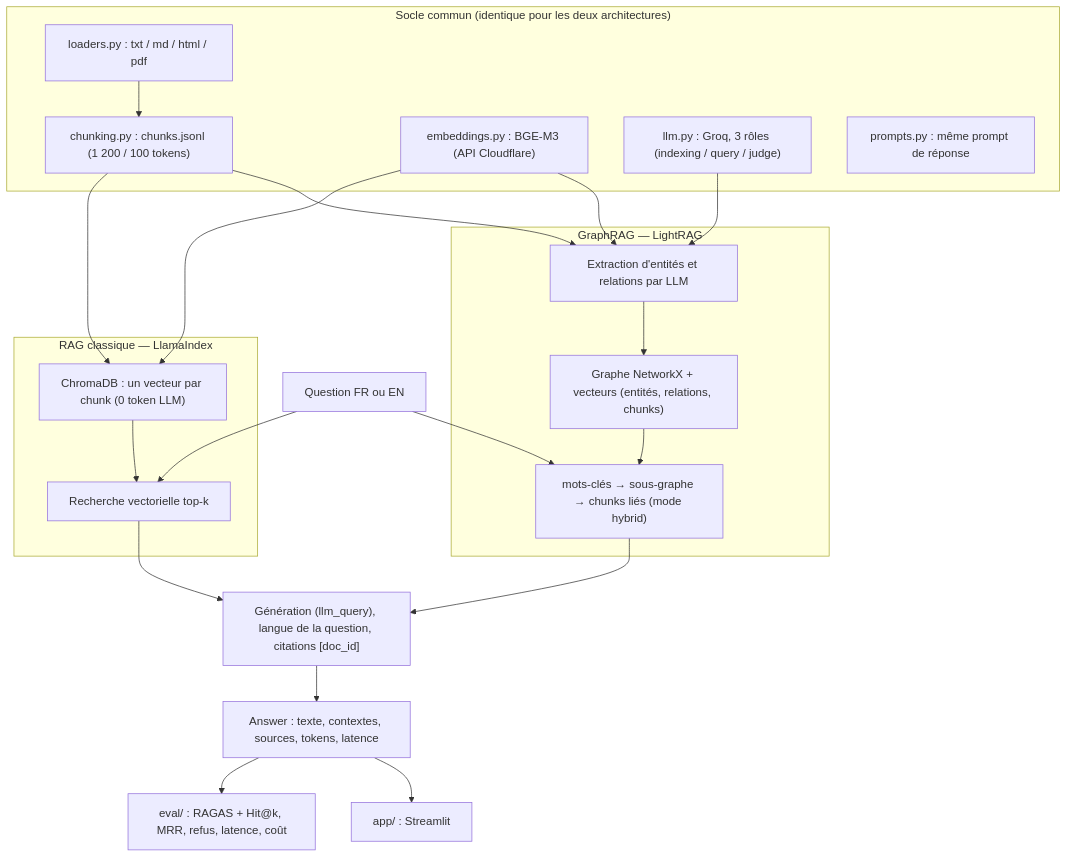
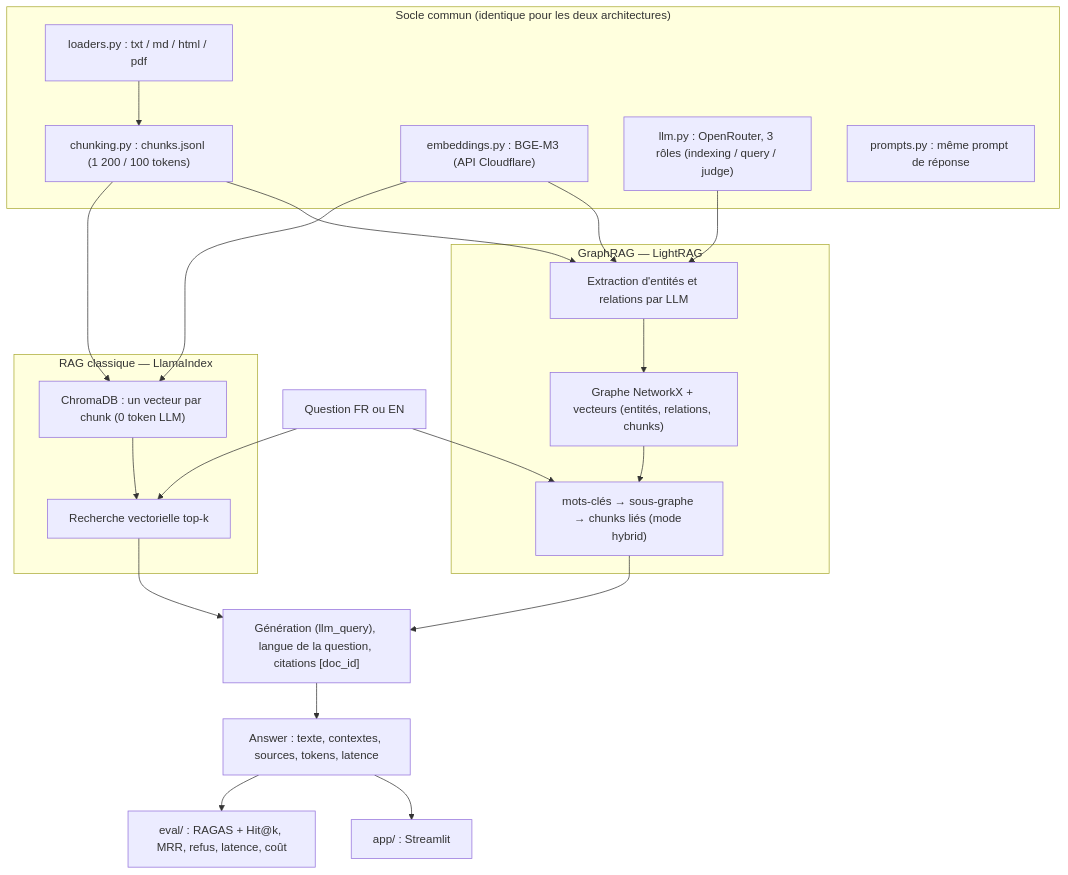
Before and after one commit to Mohamed-Aziiz/RAG_UHA: the diagram in README.md, drawn with Mermaid. The commit also changed other lines of this file and 6 other files, not shown here.

First line of the commit message:
chore: tout passe par OpenRouter — Groq retiré de la config, du code, des tests et du README

````diff
--- a/README.md
+++ b/README.md
@@ -56,28 +58,28 @@
 ```mermaid
 flowchart TB
     subgraph COMMUN["Socle commun (identique pour les deux architectures)"]
         LOAD["loaders.py : txt / md / html / pdf"]
         CHK["chunking.py : chunks.jsonl (1 200 / 100 tokens)"]
         EMB["embeddings.py : BGE-M3 (API Cloudflare)"]
-        LLM["llm.py : Groq, 3 rôles (indexing / query / judge)"]
+        LLM["llm.py : OpenRouter, 3 rôles (indexing / query / judge)"]
         PR["prompts.py : même prompt de réponse"]
     end
     subgraph RAG["RAG classique — LlamaIndex"]
         IDX1["ChromaDB : un vecteur par chunk (0 token LLM)"]
         RET1["Recherche vectorielle top-k"]
     end
     subgraph GRAPH["GraphRAG — LightRAG"]
         IDX2["Extraction d'entités et relations par LLM"]
         KG["Graphe NetworkX + vecteurs (entités, relations, chunks)"]
         RET2["mots-clés → sous-graphe → chunks liés (mode hybrid)"]
     end
     Q["Question FR ou EN"] --> RET1 & RET2
     LOAD --> CHK --> IDX1 & IDX2
     EMB --> IDX1 & IDX2
     LLM --> IDX2
     IDX1 --> RET1
     IDX2 --> KG --> RET2
     RET1 & RET2 --> GEN["Génération (llm_query), langue de la question, citations [doc_id]"]
     GEN --> ANS["Answer : texte, contextes, sources, tokens, latence"]
     ANS --> EVAL["eval/ : RAGAS + Hit@k, MRR, refus, latence, coût"] & UI["app/ : Streamlit"]
 ```
````
